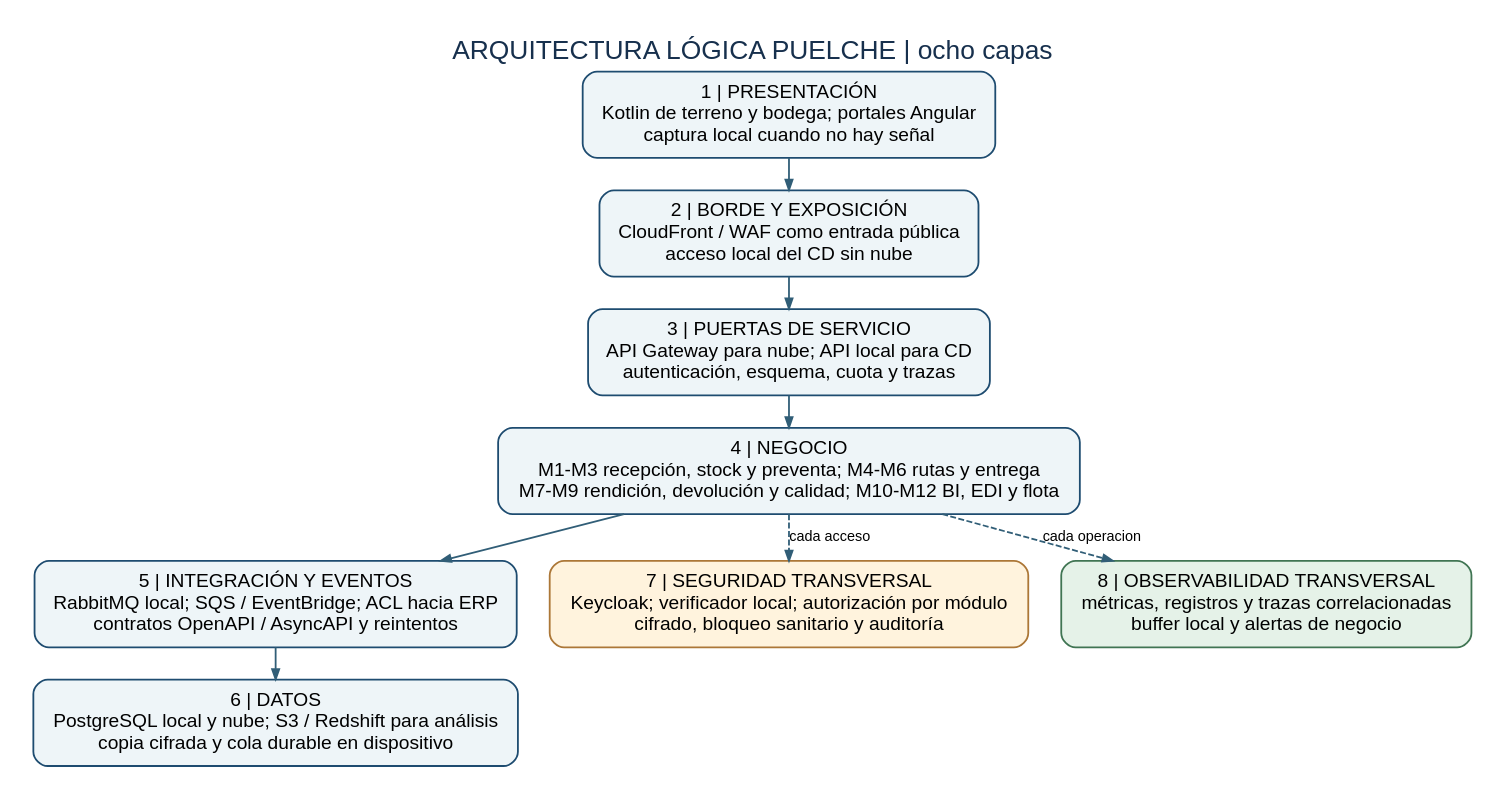
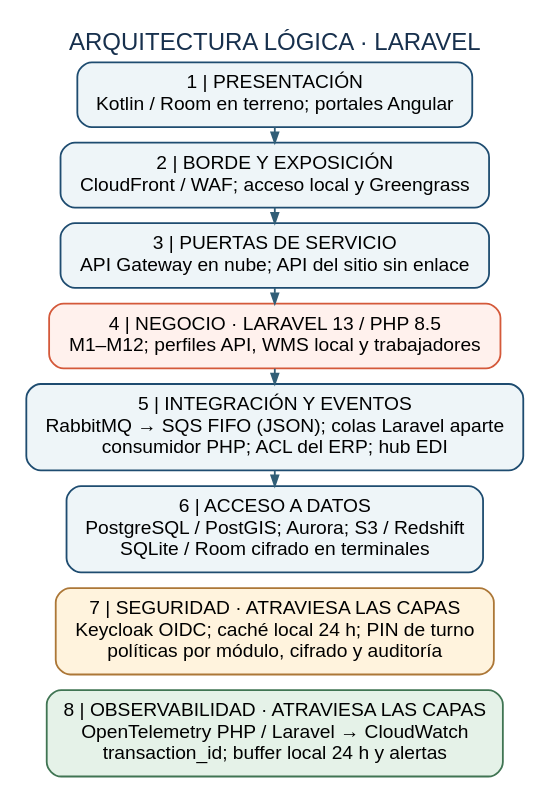
Before and after one commit to PatricioH315/LafroX: the diagram in Diagramas/arquitectura_logica_actual/ARQL-19_Vista_general_legible.dot, drawn with Graphviz. The commit also changed 13 other files, not shown here.

Commit message:
actualizacion de coherencia: diagrama de arquitectura logica

```diff
--- a/Diagramas/arquitectura_logica_actual/ARQL-19_Vista_general_legible.dot
+++ b/Diagramas/arquitectura_logica_actual/ARQL-19_Vista_general_legible.dot
@@ -1,18 +1,17 @@
 digraph VistaGeneral {
-  graph [rankdir=TB, bgcolor="white", pad="0.28", nodesep="0.38", ranksep="0.36", splines=polyline, label="ARQUITECTURA LÓGICA PUELCHE | ocho capas", labelloc=t, fontname="Arial", fontsize=22, fontcolor="#17304D"];
+  graph [rankdir=TB, bgcolor="white", pad="0.20", nodesep="0.22", ranksep="0.18", splines=polyline, label="ARQUITECTURA LÓGICA · LARAVEL", labelloc=t, fontname="Arial", fontsize=20, fontcolor="#17304D"];
   node [shape=box, style="rounded,filled", color="#1E4C70", fillcolor="#EEF5F8", fontname="Arial", fontsize=16, margin="0.19,0.13", penwidth=1.5];
   edge [color="#315E77", fontname="Arial", fontsize=12, arrowsize=0.85, penwidth=1.5];
 
-  presentacion [label="1 | PRESENTACIÓN\nKotlin de terreno y bodega; portales Angular\ncaptura local cuando no hay señal"];
-  borde [label="2 | BORDE Y EXPOSICIÓN\nCloudFront / WAF como entrada pública\nacceso local del CD sin nube"];
-  gateway [label="3 | PUERTAS DE SERVICIO\nAPI Gateway para nube; API local para CD\nautenticación, esquema, cuota y trazas"];
-  negocio [label="4 | NEGOCIO\nM1-M3 recepción, stock y preventa; M4-M6 rutas y entrega\nM7-M9 rendición, devolución y calidad; M10-M12 BI, EDI y flota"];
-  integracion [label="5 | INTEGRACIÓN Y EVENTOS\nRabbitMQ local; SQS / EventBridge; ACL hacia ERP\ncontratos OpenAPI / AsyncAPI y reintentos"];
-  datos [label="6 | DATOS\nPostgreSQL local y nube; S3 / Redshift para análisis\ncopia cifrada y cola durable en dispositivo"];
-  seguridad [label="7 | SEGURIDAD TRANSVERSAL\nKeycloak; verificador local; autorización por módulo\ncifrado, bloqueo sanitario y auditoría", fillcolor="#FFF3DD", color="#AC7737"];
-  observabilidad [label="8 | OBSERVABILIDAD TRANSVERSAL\nmétricas, registros y trazas correlacionadas\nbuffer local y alertas de negocio", fillcolor="#E5F2E8", color="#407553"];
+  presentacion [label="1 | PRESENTACIÓN\nKotlin / Room en terreno; portales Angular"];
+  borde [label="2 | BORDE Y EXPOSICIÓN\nCloudFront / WAF; acceso local y Greengrass"];
+  gateway [label="3 | PUERTAS DE SERVICIO\nAPI Gateway en nube; API del sitio sin enlace"];
+  negocio [label="4 | NEGOCIO · LARAVEL 13 / PHP 8.5\nM1–M12; perfiles API, WMS local y trabajadores", fillcolor="#FFF1ED", color="#D4593A"];
+  integracion [label="5 | INTEGRACIÓN Y EVENTOS\nRabbitMQ → SQS FIFO (JSON); colas Laravel aparte\nconsumidor PHP; ACL del ERP; hub EDI"];
+  datos [label="6 | ACCESO A DATOS\nPostgreSQL / PostGIS; Aurora; S3 / Redshift\nSQLite / Room cifrado en terminales"];
+  seguridad [label="7 | SEGURIDAD · ATRAVIESA LAS CAPAS\nKeycloak OIDC; caché local 24 h; PIN de turno\npolíticas por módulo, cifrado y auditoría", fillcolor="#FFF3DD", color="#AC7737"];
+  observabilidad [label="8 | OBSERVABILIDAD · ATRAVIESA LAS CAPAS\nOpenTelemetry PHP / Laravel → CloudWatch\ntransaction_id; buffer local 24 h y alertas", fillcolor="#E5F2E8", color="#407553"];
 
   presentacion -> borde -> gateway -> negocio -> integracion -> datos;
-  negocio -> seguridad [style=dashed, label="cada acceso"];
-  negocio -> observabilidad [style=dashed, label="cada operacion"];
+  datos -> seguridad -> observabilidad [style=invis];
 }
```
